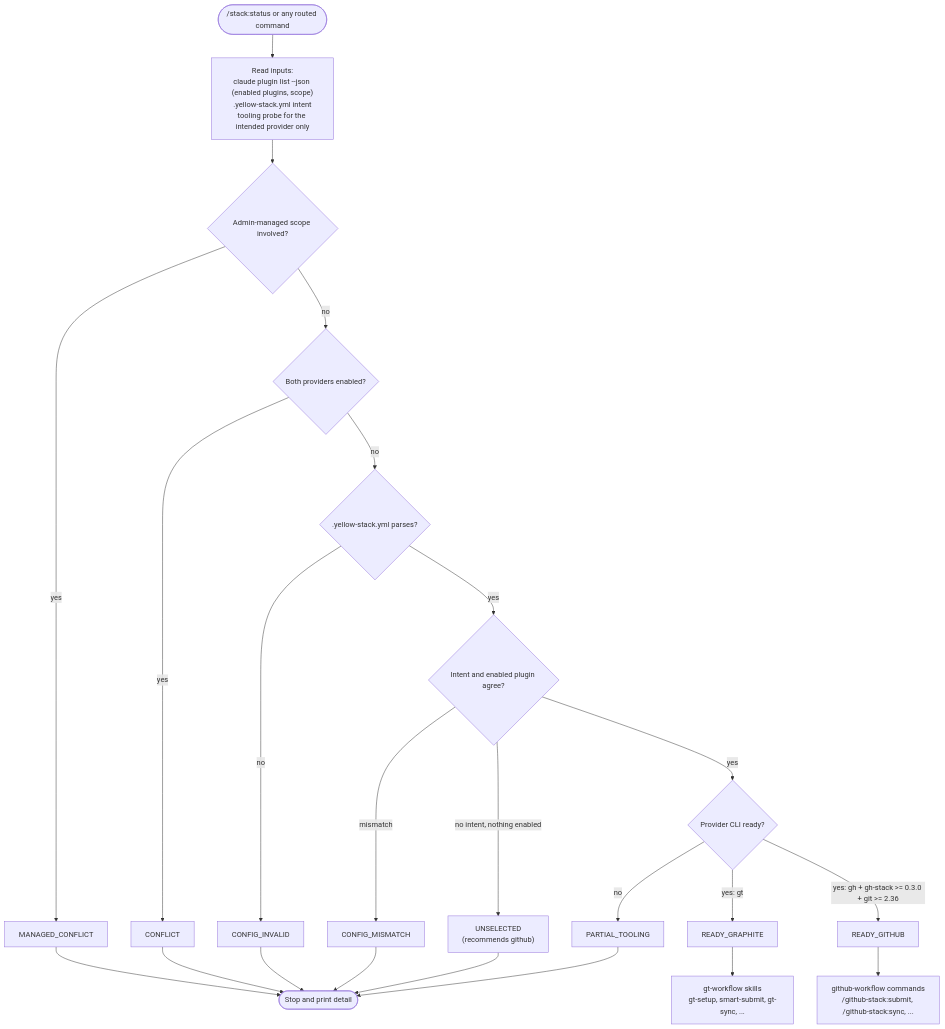
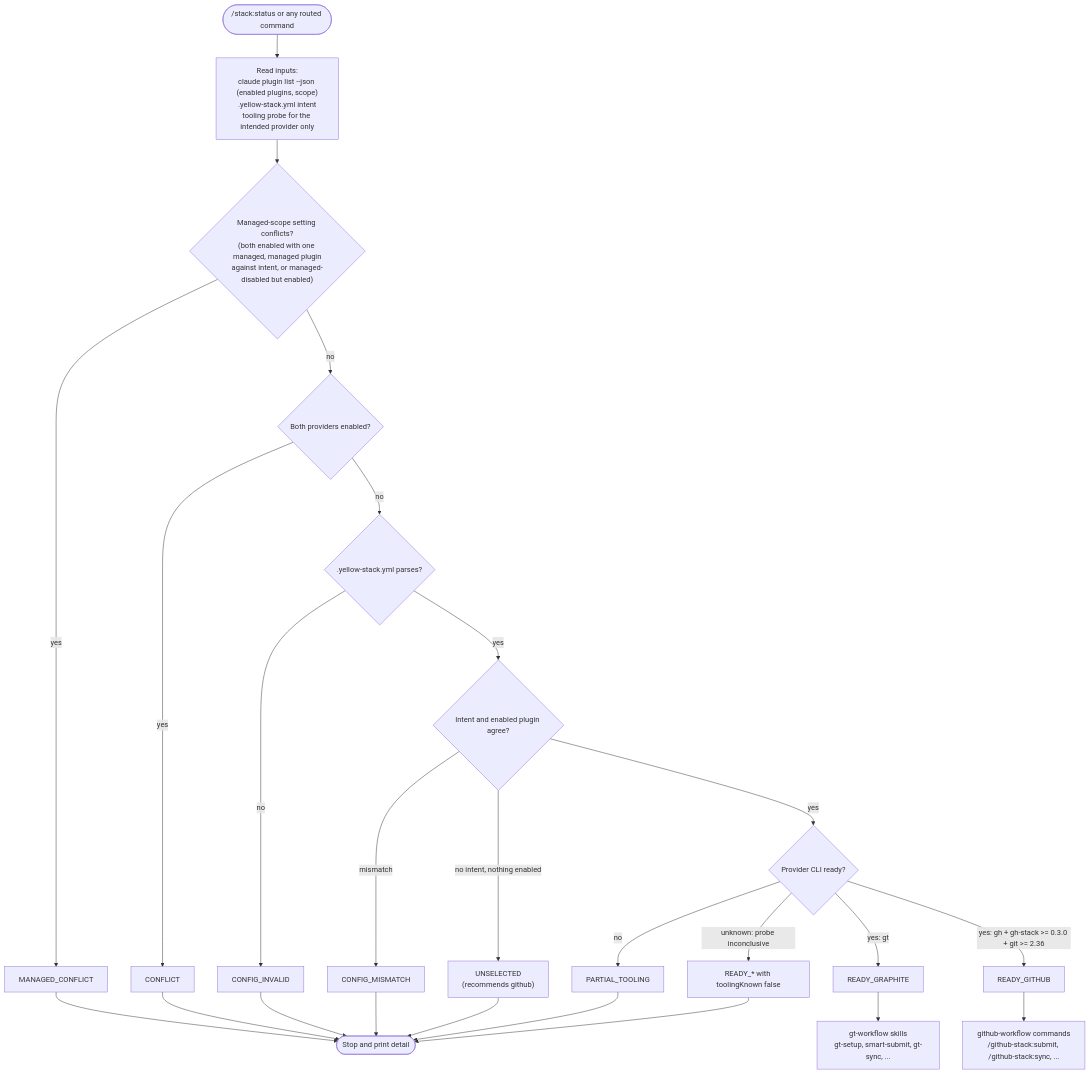
Before and after one commit to KingInYellows/yellow-plugins: the second of 8 diagrams in docs/workflow-diagrams.md, drawn with Mermaid. The commit also changed other lines of this file and 1 other file, not shown here.

First line of the commit message:
docs: correct provider, select, shell and release diagram details

````diff
--- a/docs/workflow-diagrams.md
+++ b/docs/workflow-diagrams.md
@@ -63,21 +63,22 @@
 ```mermaid
 flowchart TD
   Start(["/stack:status or any routed command"]) --> Inputs
   Inputs["Read inputs:<br/>claude plugin list --json (enabled plugins, scope)<br/>.yellow-stack.yml intent<br/>tooling probe for the intended provider only"]
-  Inputs --> M{"Admin-managed scope involved?"}
+  Inputs --> M{"Managed-scope setting conflicts?<br/>(both enabled with one managed, managed plugin<br/>against intent, or managed-disabled but enabled)"}
   M -->|yes| S1[MANAGED_CONFLICT]
   M -->|no| C{"Both providers enabled?"}
   C -->|yes| S2[CONFLICT]
   C -->|no| I{".yellow-stack.yml parses?"}
   I -->|no| S3[CONFIG_INVALID]
   I -->|yes| X{"Intent and enabled plugin agree?"}
   X -->|"no intent, nothing enabled"| S5["UNSELECTED<br/>(recommends github)"]
   X -->|mismatch| S4[CONFIG_MISMATCH]
   X -->|yes| T{"Provider CLI ready?"}
   T -->|no| S6[PARTIAL_TOOLING]
   T -->|"yes: gt"| RG[READY_GRAPHITE]
   T -->|"yes: gh + gh-stack >= 0.3.0 + git >= 2.36"| RH[READY_GITHUB]
+  T -->|"unknown: probe inconclusive"| RU["READY_* with toolingKnown false"]
   RG --> GT["gt-workflow skills<br/>gt-setup, smart-submit, gt-sync, ..."]
   RH --> GH["github-workflow commands<br/>/github-stack:submit, /github-stack:sync, ..."]
-  S1 & S2 & S3 & S4 & S5 & S6 --> Stop(["Stop and print detail"])
+  S1 & S2 & S3 & S4 & S5 & S6 & RU --> Stop(["Stop and print detail"])
 ```
````
